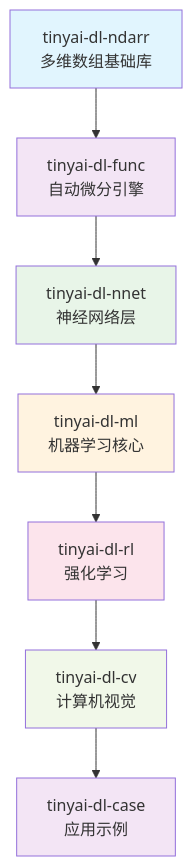
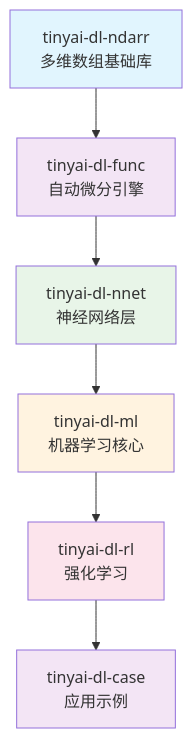
The first of 6 diagrams in .qoder/repowiki/zh/content/技术架构/构建系统与模块化/模块化配置.md (Leavesfly/TinyAI), drawn with Mermaid before and after one commit. The commit also changed other lines of this file and 40 other files, not shown here.

````diff
--- a/.qoder/repowiki/zh/content/技术架构/构建系统与模块化/模块化配置.md
+++ b/.qoder/repowiki/zh/content/技术架构/构建系统与模块化/模块化配置.md
@@ -100,16 +101,14 @@
 ```mermaid
 graph TD
 A[tinyai-dl-ndarr<br/>多维数组基础库] --> B[tinyai-dl-func<br/>自动微分引擎]
 B --> C[tinyai-dl-nnet<br/>神经网络层]
 C --> D[tinyai-dl-ml<br/>机器学习核心]
 D --> E[tinyai-dl-rl<br/>强化学习]
-E --> F[tinyai-dl-cv<br/>计算机视觉]
-F --> G[tinyai-dl-case<br/>应用示例]
+E --> F[tinyai-dl-case<br/>应用示例]
 style A fill:#e1f5fe
 style B fill:#f3e5f5
 style C fill:#e8f5e8
 style D fill:#fff3e0
 style E fill:#fce4ec
-style F fill:#f1f8e9
-style G fill:#f3e5f5
+style F fill:#f3e5f5
 ```
````
